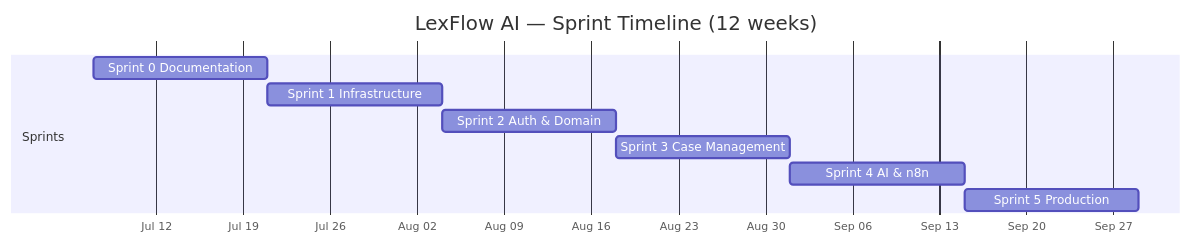
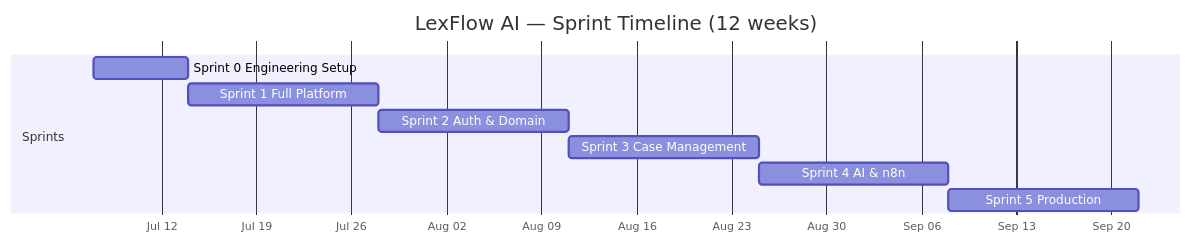
The first of 2 diagrams in docs/17-sprint-planning/README.md (abhishekthatguy/luxflow-ai), drawn with Mermaid before and after one commit. The commit also changed other lines of this file and 37 other files, not shown here.

````diff
--- a/docs/17-sprint-planning/README.md
+++ b/docs/17-sprint-planning/README.md
@@ -18,14 +18,14 @@
 ```mermaid
 gantt
     title LexFlow AI — Sprint Timeline (12 weeks)
     dateFormat YYYY-MM-DD
     axisFormat %b %d
 
     section Sprints
-    Sprint 0 Documentation     :s0, 2026-07-07, 14d
-    Sprint 1 Infrastructure    :s1, after s0, 14d
+    Sprint 0 Engineering Setup   :s0, 2026-07-07, 7d
+    Sprint 1 Full Platform       :s1, after s0, 14d
     Sprint 2 Auth & Domain     :s2, after s1, 14d
     Sprint 3 Case Management   :s3, after s2, 14d
     Sprint 4 AI & n8n            :s4, after s3, 14d
     Sprint 5 Production          :s5, after s4, 14d
 ```
````
